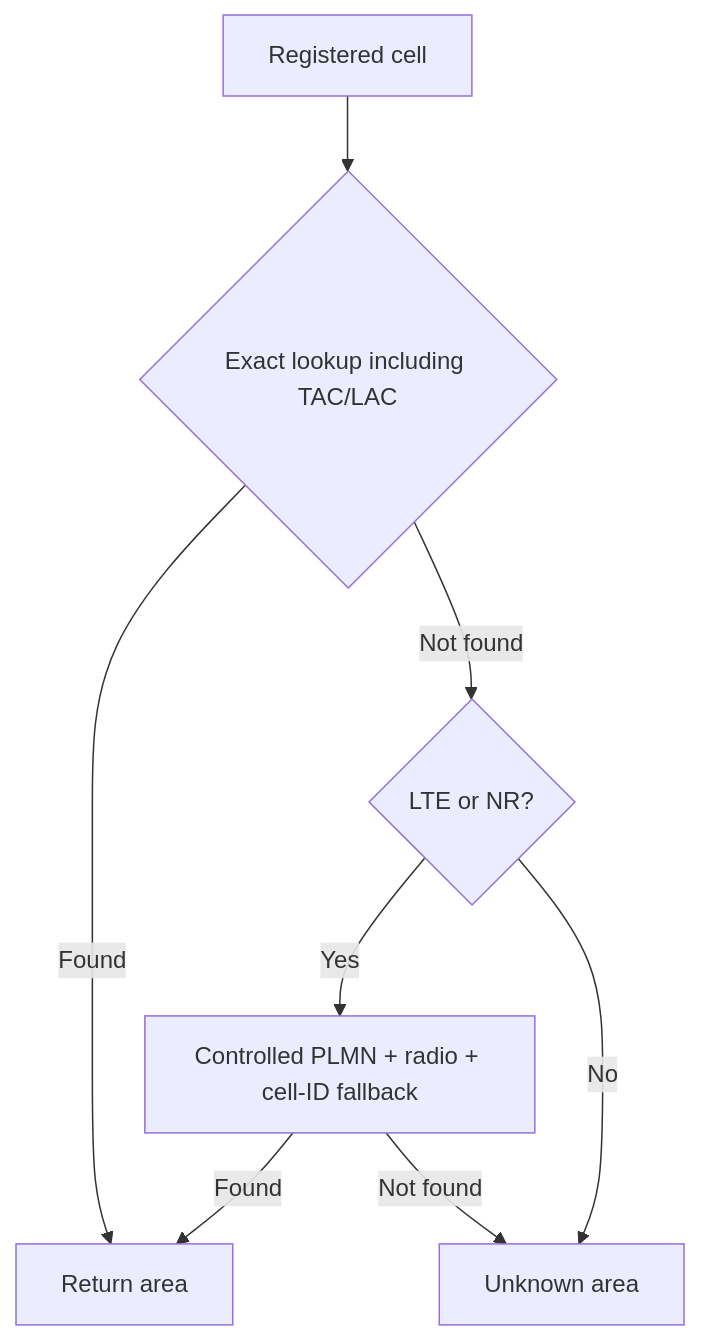
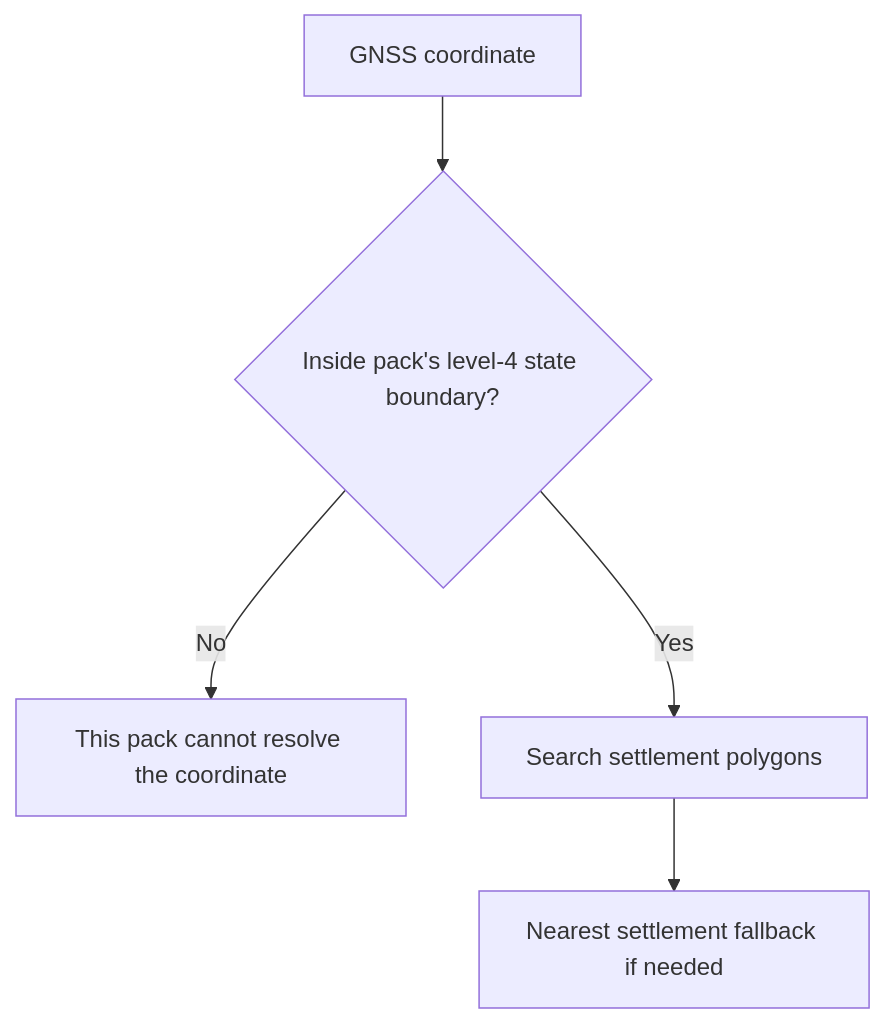
One commit to actionanand/local-tell changed the third of 6 diagrams in docs/localtell-modern-android-locality-architecture.md. Above: the diagram before and after it, drawn with Mermaid. The commit also changed other lines of this file, not shown here.

Commit message:
docs: update LocalTell architecture for GNSS-first schema v3

````diff
--- a/docs/localtell-modern-android-locality-architecture.md
+++ b/docs/localtell-modern-android-locality-architecture.md
@@ -240,10 +422,7 @@
 ```mermaid
 flowchart TD
-    A[Registered cell] --> B{Exact lookup including TAC/LAC}
-    B -->|Found| C[Return area]
-    B -->|Not found| D{LTE or NR?}
-    D -->|Yes| E[Controlled PLMN + radio + cell-ID fallback]
-    D -->|No| F[Unknown area]
-    E -->|Found| C
-    E -->|Not found| F
+    A[GNSS coordinate] --> B{Inside pack's level-4 state boundary?}
+    B -->|No| C[This pack cannot resolve the coordinate]
+    B -->|Yes| D[Search settlement polygons]
+    D --> E[Nearest settlement fallback if needed]
 ```
````
